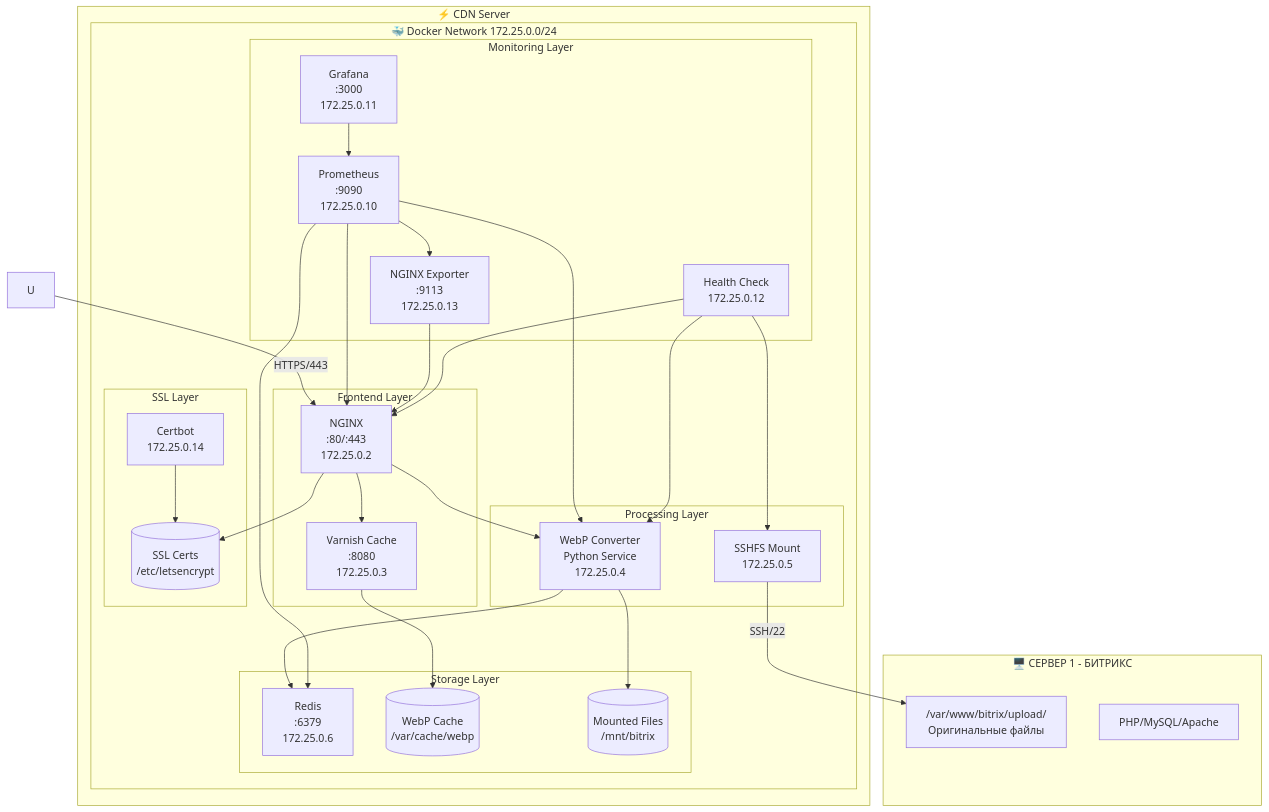
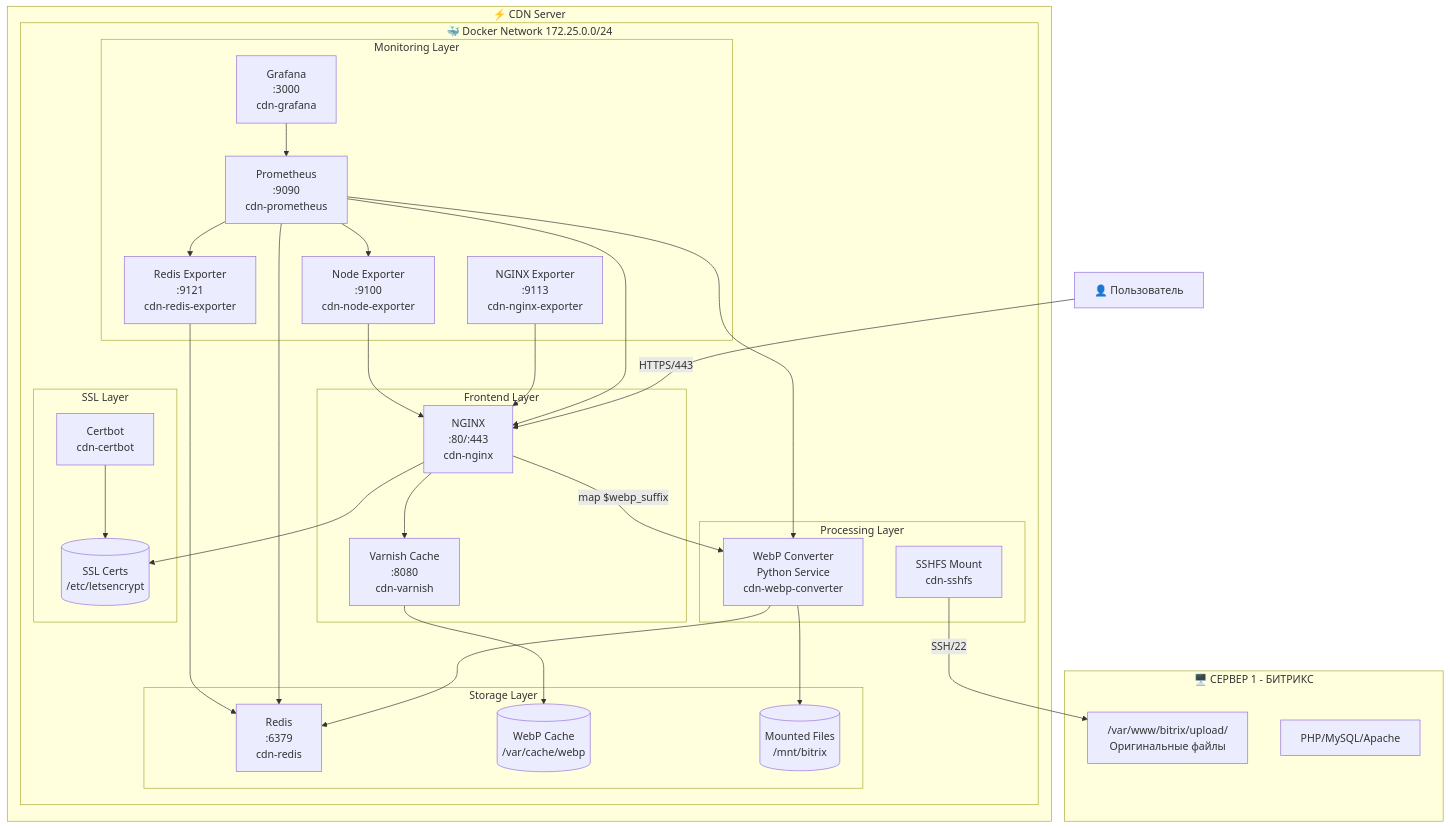
Before and after one commit to AAChibilyaev/bitrix-cdn-server: the diagram in docs/ARCHITECTURE.md, drawn with Mermaid. The commit also changed other lines of this file and 35 other files, not shown here.

````diff
--- a/docs/ARCHITECTURE.md
+++ b/docs/ARCHITECTURE.md
@@ -19,59 +21,60 @@
 ```mermaid
 graph TB
     subgraph "🖥️ СЕРВЕР 1 - БИТРИКС"
         B["/var/www/bitrix/upload/<br/>Оригинальные файлы"]
         PHP[PHP/MySQL/Apache]
     end
     
     subgraph "⚡ CDN Server"
         subgraph "🐳 Docker Network 172.25.0.0/24"
             subgraph "Frontend Layer"
-                NG[NGINX<br/>:80/:443<br/>172.25.0.2]
-                VN[Varnish Cache<br/>:8080<br/>172.25.0.3]
+                NG[NGINX<br/>:80/:443<br/>cdn-nginx]
+                VN[Varnish Cache<br/>:8080<br/>cdn-varnish]
             end
             
             subgraph "Processing Layer"
-                WC[WebP Converter<br/>Python Service<br/>172.25.0.4]
-                SF[SSHFS Mount<br/>172.25.0.5]
+                WC[WebP Converter<br/>Python Service<br/>cdn-webp-converter]
+                SF[SSHFS Mount<br/>cdn-sshfs]
             end
             
             subgraph "Storage Layer"
-                RD[Redis<br/>:6379<br/>172.25.0.6]
+                RD[Redis<br/>:6379<br/>cdn-redis]
                 CACHE[(WebP Cache<br/>/var/cache/webp)]
                 MOUNT[(Mounted Files<br/>/mnt/bitrix)]
             end
             
             subgraph "Monitoring Layer"
-                PR[Prometheus<br/>:9090<br/>172.25.0.10]
-                GR[Grafana<br/>:3000<br/>172.25.0.11]
-                HC[Health Check<br/>172.25.0.12]
-                NE[NGINX Exporter<br/>:9113<br/>172.25.0.13]
+                PR[Prometheus<br/>:9090<br/>cdn-prometheus]
+                GR[Grafana<br/>:3000<br/>cdn-grafana]
+                NE[NGINX Exporter<br/>:9113<br/>cdn-nginx-exporter]
+                RE[Redis Exporter<br/>:9121<br/>cdn-redis-exporter]
+                NODE[Node Exporter<br/>:9100<br/>cdn-node-exporter]
             end
             
             subgraph "SSL Layer"
-                CB[Certbot<br/>172.25.0.14]
+                CB[Certbot<br/>cdn-certbot]
                 SSL[(SSL Certs<br/>/etc/letsencrypt)]
             end
         end
     end
     
-    U -->|HTTPS/443| NG
+    U[👤 Пользователь] -->|HTTPS/443| NG
     NG --> VN
     VN --> CACHE
-    NG --> WC
+    NG -->|map $webp_suffix| WC
     WC --> MOUNT
     SF -->|SSH/22| B
     WC --> RD
     CB --> SSL
     NG --> SSL
     
     PR --> NG
     PR --> WC
     PR --> RD
-    PR --> NE
+    PR --> RE
+    PR --> NODE
     NE --> NG
+    RE --> RD
+    NODE --> NG
     GR --> PR
-    HC --> NG
-    HC --> SF
-    HC --> WC
 ```
````
